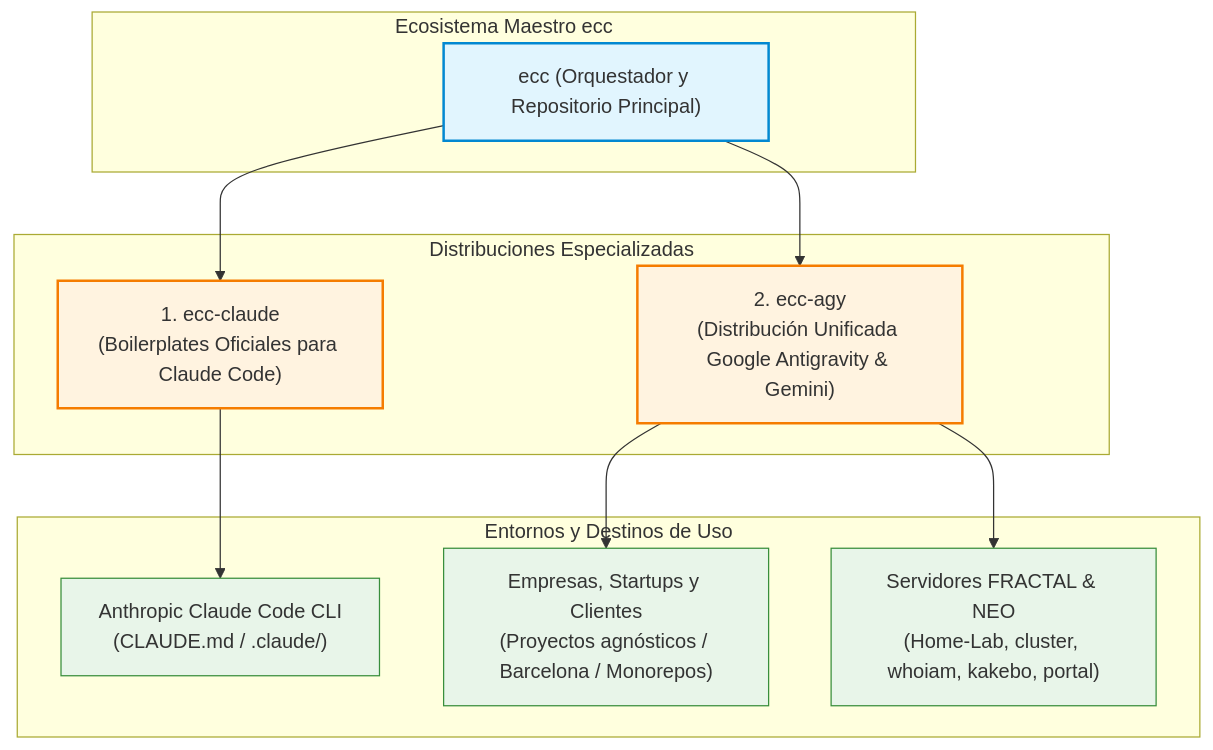
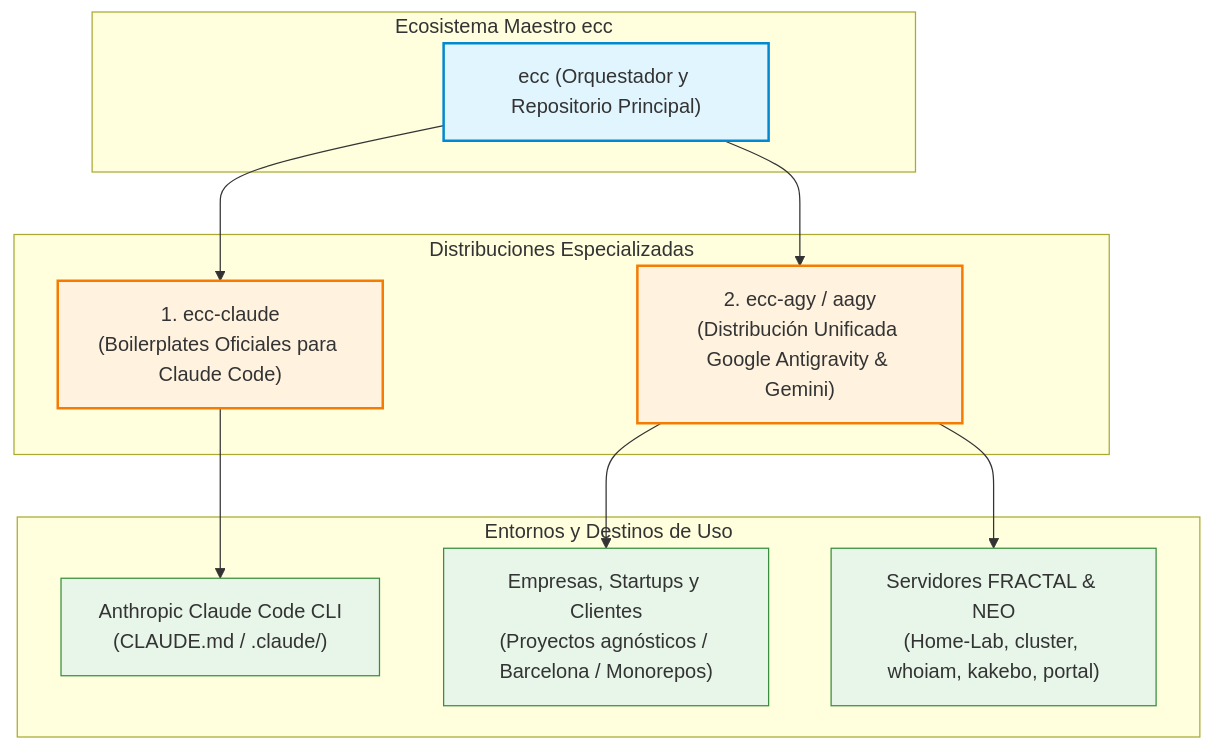
One commit to ACB75/ecc changed the diagram in README.md. Above: the diagram before and after it, drawn with Mermaid. The commit also changed other lines of this file and 17 other files, not shown here.

````diff
--- a/README.md
+++ b/README.md
@@ -12,32 +12,32 @@
 ```mermaid
 flowchart TD
     subgraph Core["Ecosistema Maestro ecc"]
         Root["ecc (Orquestador y Repositorio Principal)"]
     end
 
     subgraph Flavors["Distribuciones Especializadas"]
         Claude["1. ecc-claude<br/>(Boilerplates Oficiales para Claude Code)"]
-        AGY["2. ecc-agy<br/>(Distribución Unificada Google Antigravity & Gemini)"]
+        AGY["2. ecc-agy / aagy<br/>(Distribución Unificada Google Antigravity & Gemini)"]
     end
 
     subgraph Targets["Entornos y Destinos de Uso"]
         TargetClaude["Anthropic Claude Code CLI<br/>(CLAUDE.md / .claude/)"]
         TargetCorp["Empresas, Startups y Clientes<br/>(Proyectos agnósticos / Barcelona / Monorepos)"]
         TargetHomeLab["Servidores FRACTAL & NEO<br/>(Home-Lab, cluster, whoiam, kakebo, portal)"]
     end
 
     Root --> Claude
     Root --> AGY
 
     Claude --> TargetClaude
     AGY --> TargetCorp
     AGY --> TargetHomeLab
 
     classDef core fill:#e1f5fe,stroke:#0288d1,stroke-width:2px;
     classDef flavor fill:#fff3e0,stroke:#f57c00,stroke-width:2px;
     classDef target fill:#e8f5e9,stroke:#388e3c,stroke-width:1px;
 
     class Root core;
     class Claude,AGY flavor;
     class TargetClaude,TargetCorp,TargetHomeLab target;
 ```
````
